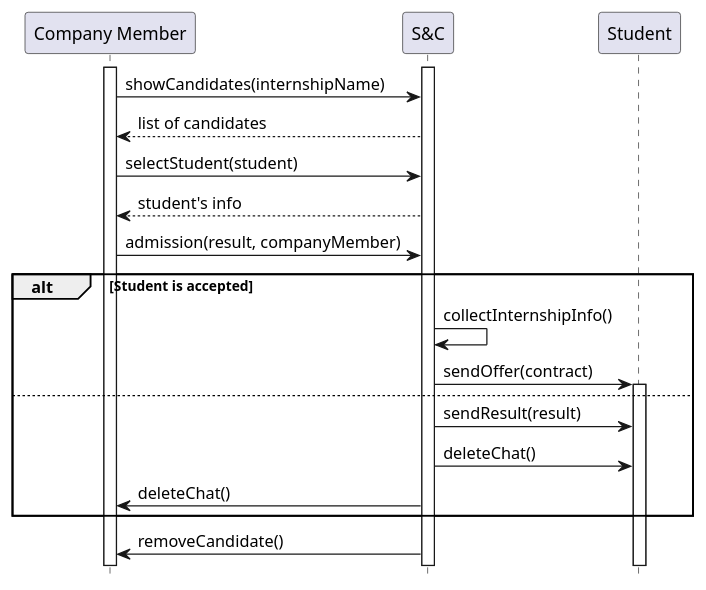
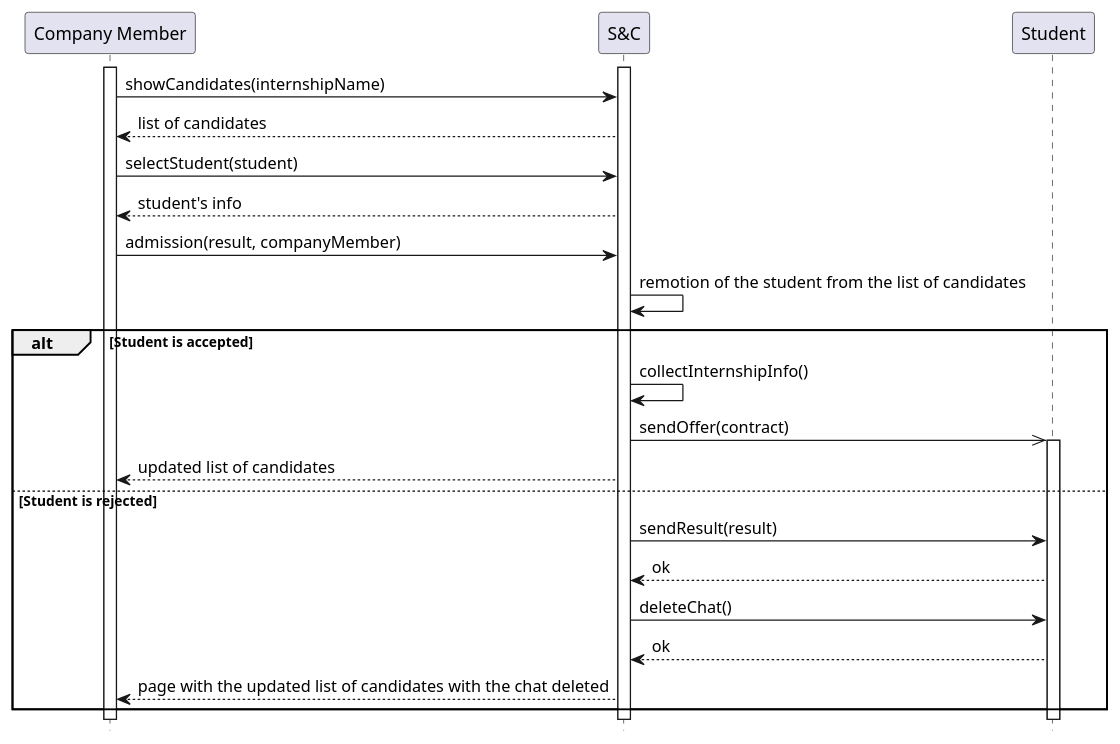
Before and after one commit to matti8702/R_and_DD_project_SE2: the diagram in RASD/Specific_requirements/uml_diagrams/UC19_diagram.puml, drawn with PlantUML. The commit also changed 12 other files, not shown here.

```diff
--- a/RASD/Specific_requirements/uml_diagrams/UC19_diagram.puml
+++ b/RASD/Specific_requirements/uml_diagrams/UC19_diagram.puml
@@ -1,26 +1,29 @@
 @startuml UC19_diagram
 hide footbox
 
 participant "Company Member" as CM
 participant "S&C" AS S
 participant "Student" as ST
 
 activate CM
 activate S
 
 CM -> S: showCandidates(internshipName)
 S --> CM: list of candidates
 CM -> S : selectStudent(student)
 S --> CM : student's info
 CM -> S : admission(result, companyMember)
+S -> S : remotion of the student from the list of candidates
 alt Student is accepted
     S -> S  : collectInternshipInfo()
-    S -> ST : sendOffer(contract)
+    S ->> ST : sendOffer(contract)
     activate ST
-else
+    S --> CM : updated list of candidates
+else Student is rejected
     S -> ST : sendResult(result)
+    ST --> S : ok
     S -> ST : deleteChat()
-    S -> CM : deleteChat()
+    ST --> S : ok
+    S --> CM : page with the updated list of candidates with the chat deleted
 end 
-S -> CM : removeCandidate()
 @enduml
```
